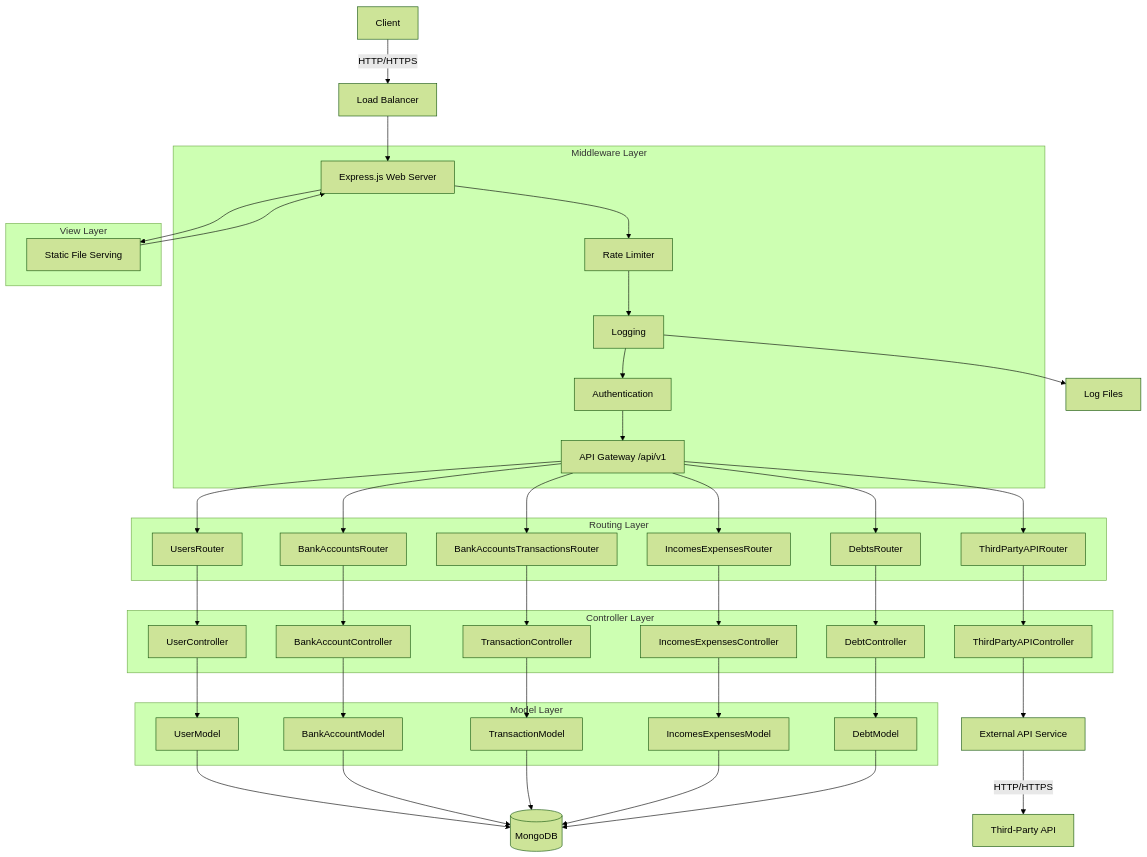
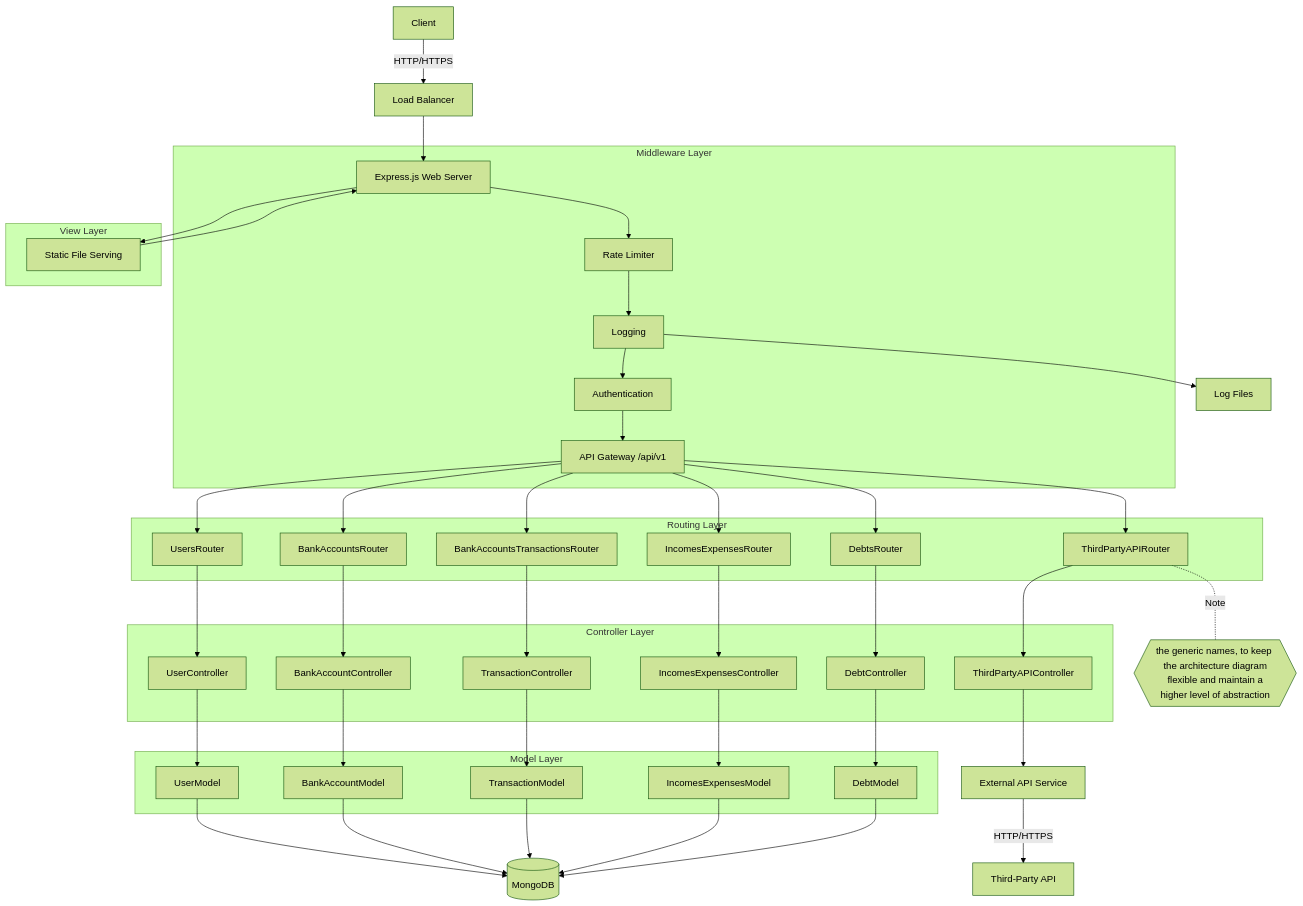
The diagram in design/SoftwareArchitectureDiagram.mmd (SawatKia/WealthTracking), drawn with Mermaid (forest theme) before and after one commit.

Commit message:
add note

```diff
--- a/design/SoftwareArchitectureDiagram.mmd
+++ b/design/SoftwareArchitectureDiagram.mmd
@@ -1,52 +1,55 @@
 graph TD
     Client[Client] -->|HTTP/HTTPS| LoadBalancer[Load Balancer]
     LoadBalancer --> Express[Express.js Web Server]
     
     subgraph "Middleware Layer"
         Express --> RateLimit[Rate Limiter]
         RateLimit --> Logging
         Logging --> Auth[Authentication]
         Auth --> APIGateway[API Gateway /api/v1]
     end
     
     subgraph "View Layer"
         Express --> StaticFiles[Static File Serving]
     end
     StaticFiles --> Express
     
     subgraph "Routing Layer"
     APIGateway --> UsersRouter
     APIGateway --> BankAccountsRouter
     APIGateway --> BankAccountsTransactionsRouter
     APIGateway --> IncomesExpensesRouter
     APIGateway --> DebtsRouter
     APIGateway --> ThirdPartyAPIRouter
     end
-    
+
     subgraph "Controller Layer"
     UsersRouter --> UserController
     BankAccountsRouter --> BankAccountController
     BankAccountsTransactionsRouter --> TransactionController
     IncomesExpensesRouter --> IncomesExpensesController
     DebtsRouter --> DebtController
     ThirdPartyAPIRouter --> ThirdPartyAPIController
     end
     
     subgraph "Model Layer"
     UserController --> UserModel
     BankAccountController --> BankAccountModel
     TransactionController --> TransactionModel
     IncomesExpensesController --> IncomesExpensesModel
     DebtController --> DebtModel
     end
+
+    ThirdPartyAPIRouter -.Note.-Note{{the generic names, to keep the architecture diagram\n flexible and maintain a higher level of abstraction}}
+
     
     UserModel --> MongoDB[(MongoDB)]
     BankAccountModel --> MongoDB[(MongoDB)]
     TransactionModel --> MongoDB[(MongoDB)]
     IncomesExpensesModel --> MongoDB[(MongoDB)]
     DebtModel --> MongoDB[(MongoDB)]
     
     ThirdPartyAPIController --> ExternalAPIService[External API Service]
     ExternalAPIService -->|HTTP/HTTPS| ThirdPartyAPI[Third-Party API]
     
     Logging --> LogFiles[Log Files]
```
